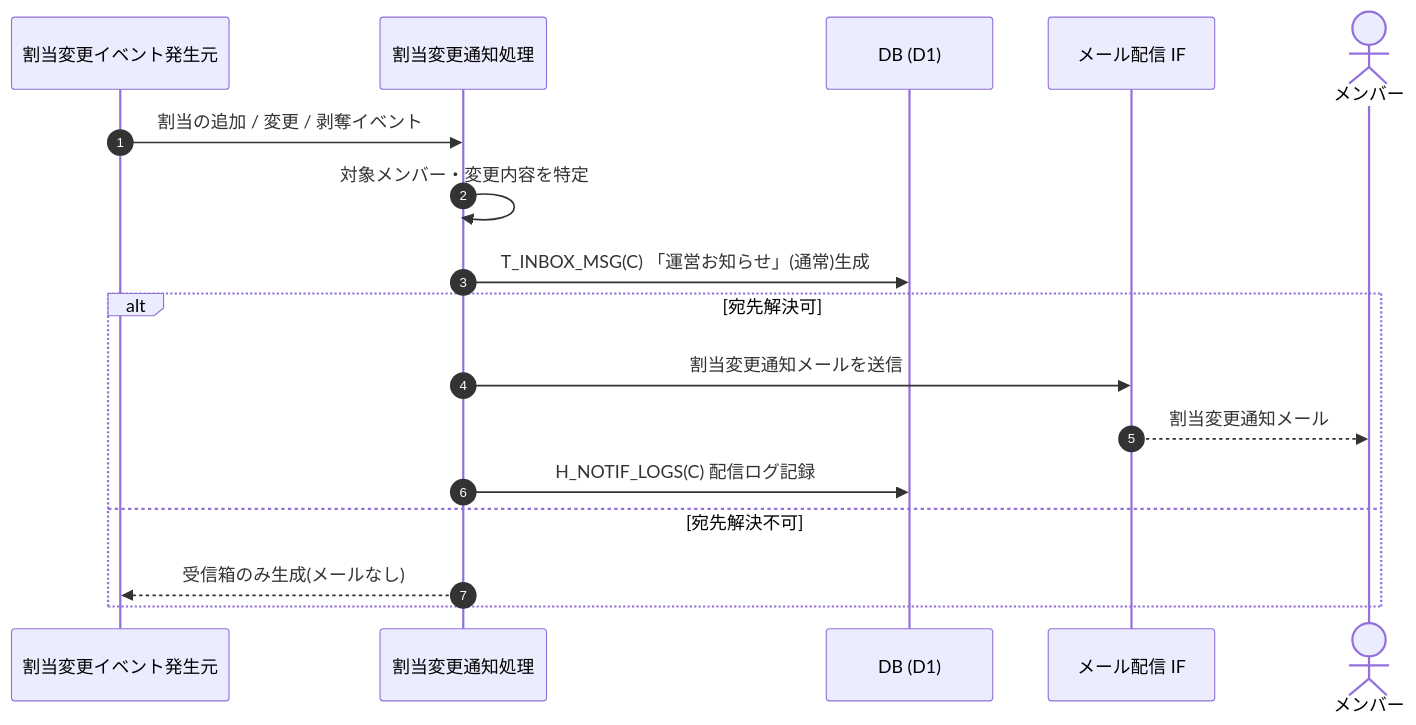
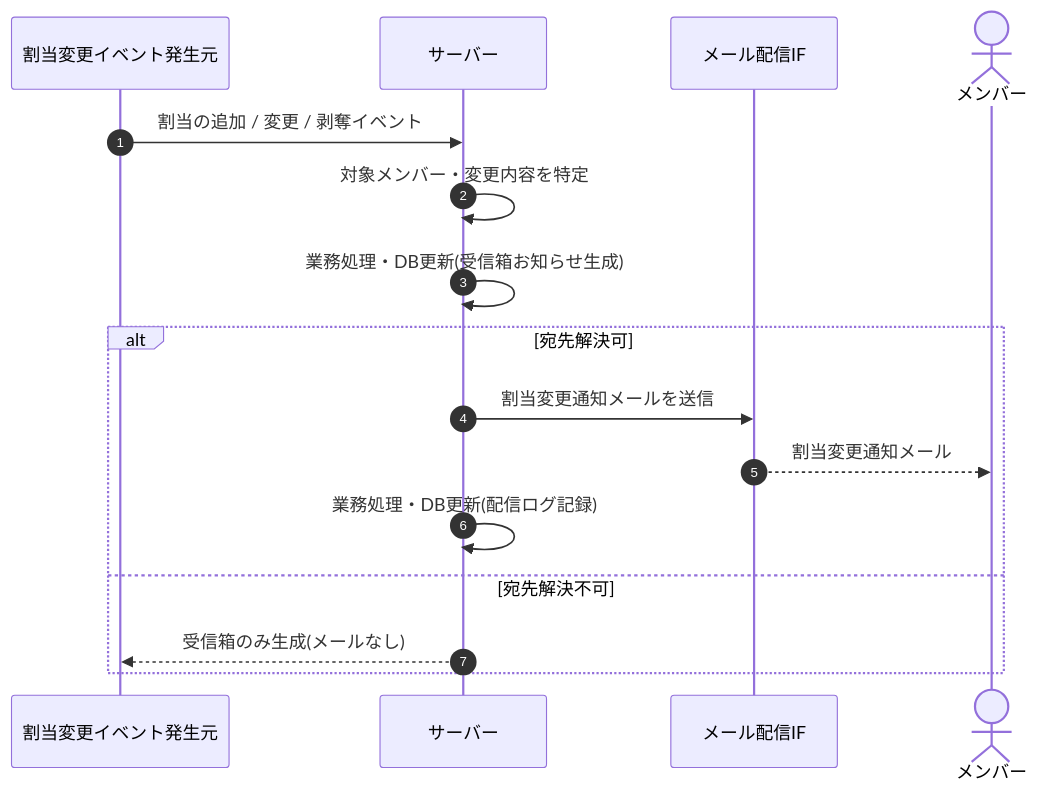
Before and after one commit to sikakou54/open-faq: the diagram in 02_basic_design/05_sequences/SEQ-096.md, drawn with Mermaid. The commit also changed other lines of this file and 108 other files, not shown here.

First line of the commit message:
基本設計: シーケンス図を基本設計粒度(ユーザー/画面/サーバー)へ再編成

````diff
--- a/02_basic_design/05_sequences/SEQ-096.md
+++ b/02_basic_design/05_sequences/SEQ-096.md
@@ -25,19 +32,18 @@
 ```mermaid
 sequenceDiagram
   autonumber
   participant E as 割当変更イベント発生元
-  participant N as 割当変更通知処理
-  participant DB as DB (D1)
-  participant MAIL as メール配信 IF
+  participant Server as サーバー
+  participant MAIL as メール配信IF
   actor M as メンバー
-  E->>N: 割当の追加 / 変更 / 剥奪イベント
-  N->>N: 対象メンバー・変更内容を特定
-  N->>DB: T_INBOX_MSG(C) 「運営お知らせ」(通常)生成
+  E->>Server: 割当の追加 / 変更 / 剥奪イベント
+  Server->>Server: 対象メンバー・変更内容を特定
+  Server->>Server: 業務処理・DB更新(受信箱お知らせ生成)
   alt 宛先解決可
-    N->>MAIL: 割当変更通知メールを送信
+    Server->>MAIL: 割当変更通知メールを送信
     MAIL-->>M: 割当変更通知メール
-    N->>DB: H_NOTIF_LOGS(C) 配信ログ記録
+    Server->>Server: 業務処理・DB更新(配信ログ記録)
   else 宛先解決不可
-    N-->>E: 受信箱のみ生成(メールなし)
+    Server-->>E: 受信箱のみ生成(メールなし)
   end
 ```
````
